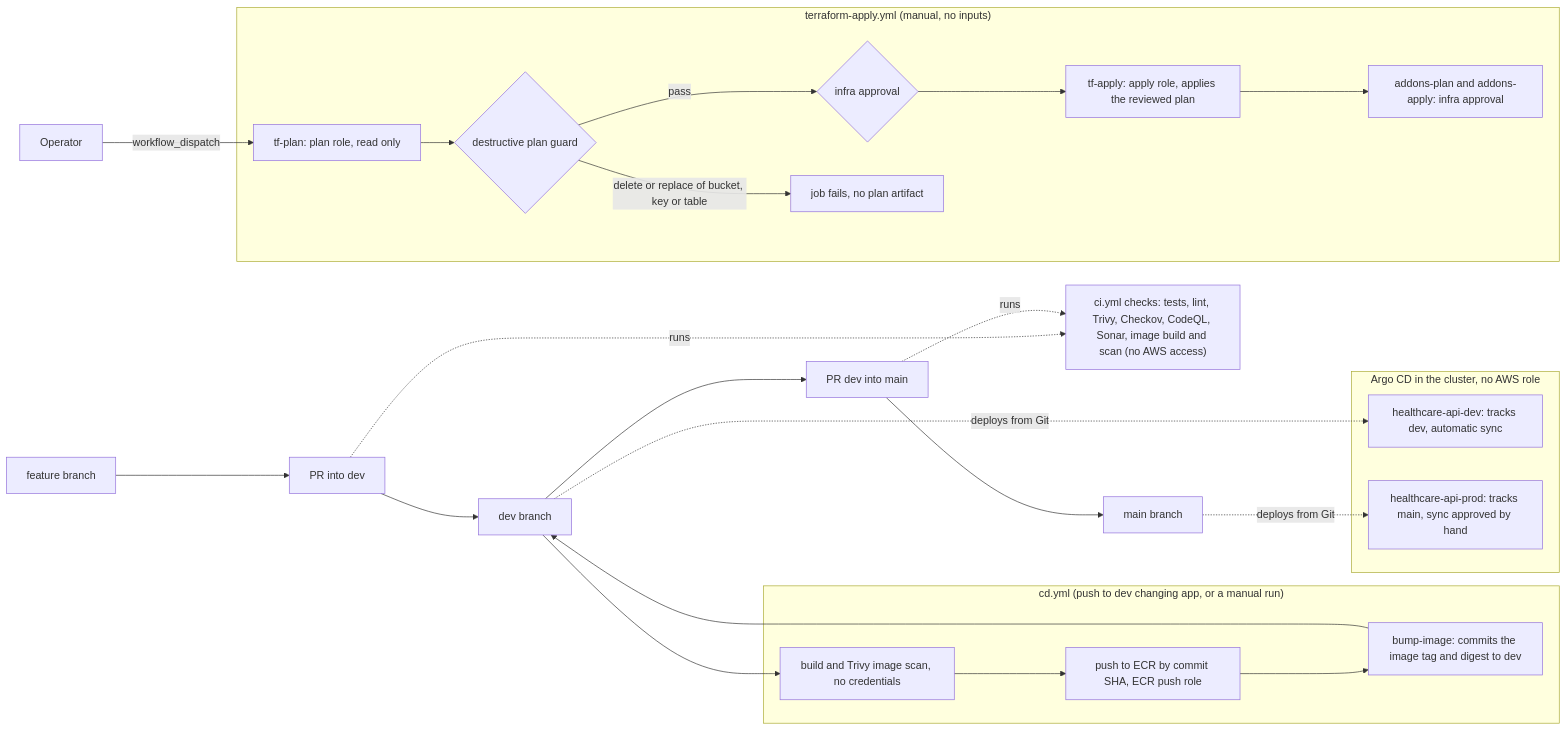
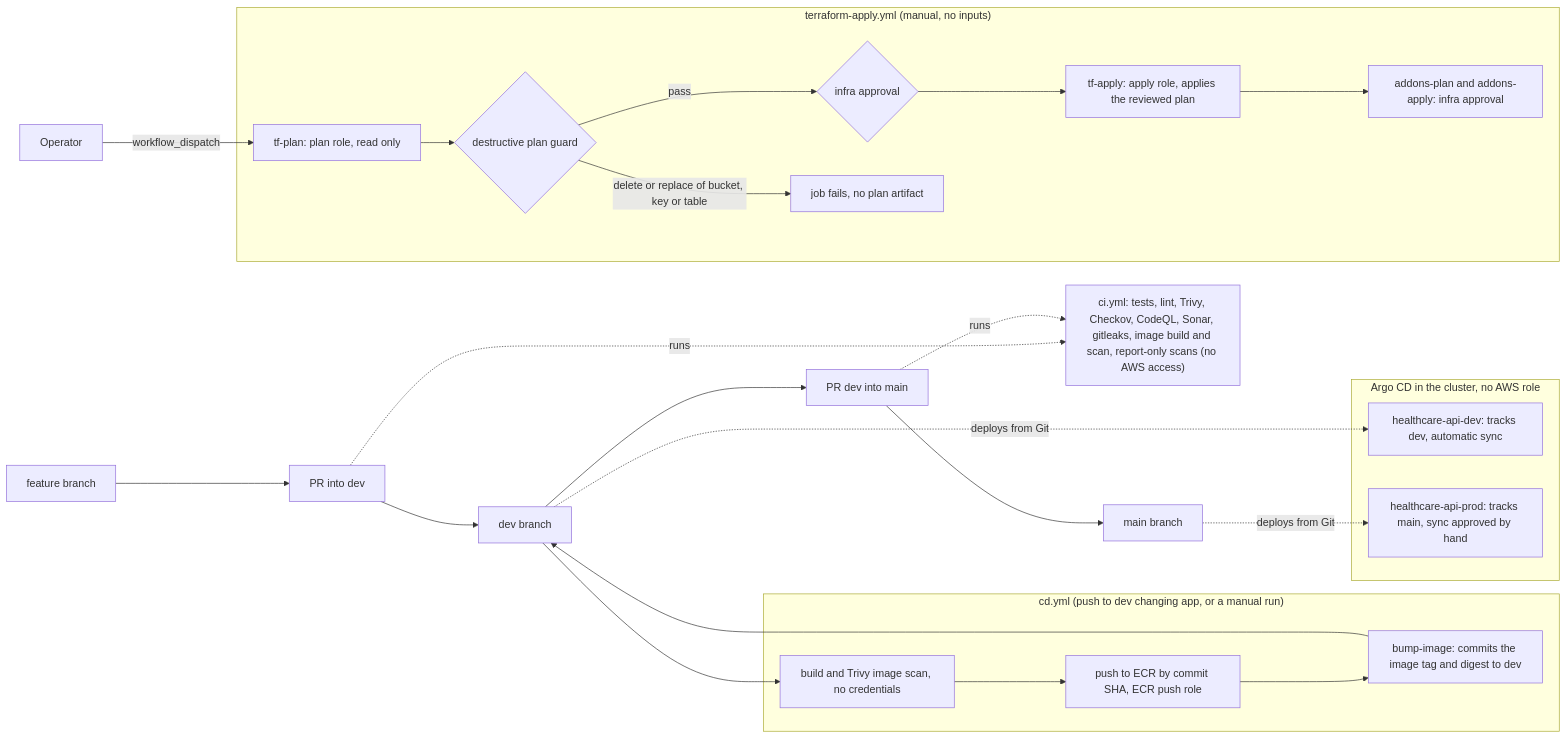
Before and after one commit to zeinhaidara/healthcare-eks-secops: the second of 3 diagrams in docs/architecture.md, drawn with Mermaid. The commit also changed other lines of this file and 34 other files, not shown here.

````diff
--- a/docs/architecture.md
+++ b/docs/architecture.md
@@ -82,42 +82,42 @@
 ```mermaid
 flowchart LR
     feat["feature branch"]
     prdev["PR into dev"]
     devbr["dev branch"]
     prmain["PR dev into main"]
     mainbr["main branch"]
-    ci["ci.yml checks: tests, lint, Trivy, Checkov, CodeQL, Sonar, image build and scan (no AWS access)"]
+    ci["ci.yml: tests, lint, Trivy, Checkov, CodeQL, Sonar, gitleaks, image build and scan, report-only scans (no AWS access)"]
 
     feat --> prdev --> devbr --> prmain --> mainbr
     prdev -. "runs" .-> ci
     prmain -. "runs" .-> ci
 
     subgraph cd["cd.yml (push to dev changing app, or a manual run)"]
         build["build and Trivy image scan, no credentials"]
         push["push to ECR by commit SHA, ECR push role"]
         bump["bump-image: commits the image tag and digest to dev"]
         build --> push --> bump
     end
     devbr --> build
     bump --> devbr
 
     subgraph argo["Argo CD in the cluster, no AWS role"]
         adev["healthcare-api-dev: tracks dev, automatic sync"]
         aprod["healthcare-api-prod: tracks main, sync approved by hand"]
     end
     devbr -. "deploys from Git" .-> adev
     mainbr -. "deploys from Git" .-> aprod
 
     subgraph tf["terraform-apply.yml (manual, no inputs)"]
         plan["tf-plan: plan role, read only"]
         guard{"destructive plan guard"}
         gate{"infra approval"}
         apply["tf-apply: apply role, applies the reviewed plan"]
         addons["addons-plan and addons-apply: infra approval"]
         plan --> guard
         guard -- "pass" --> gate
         guard -- "delete or replace of bucket, key or table" --> blocked["job fails, no plan artifact"]
         gate --> apply --> addons
     end
     operator["Operator"] -- "workflow_dispatch" --> plan
 ```
````
